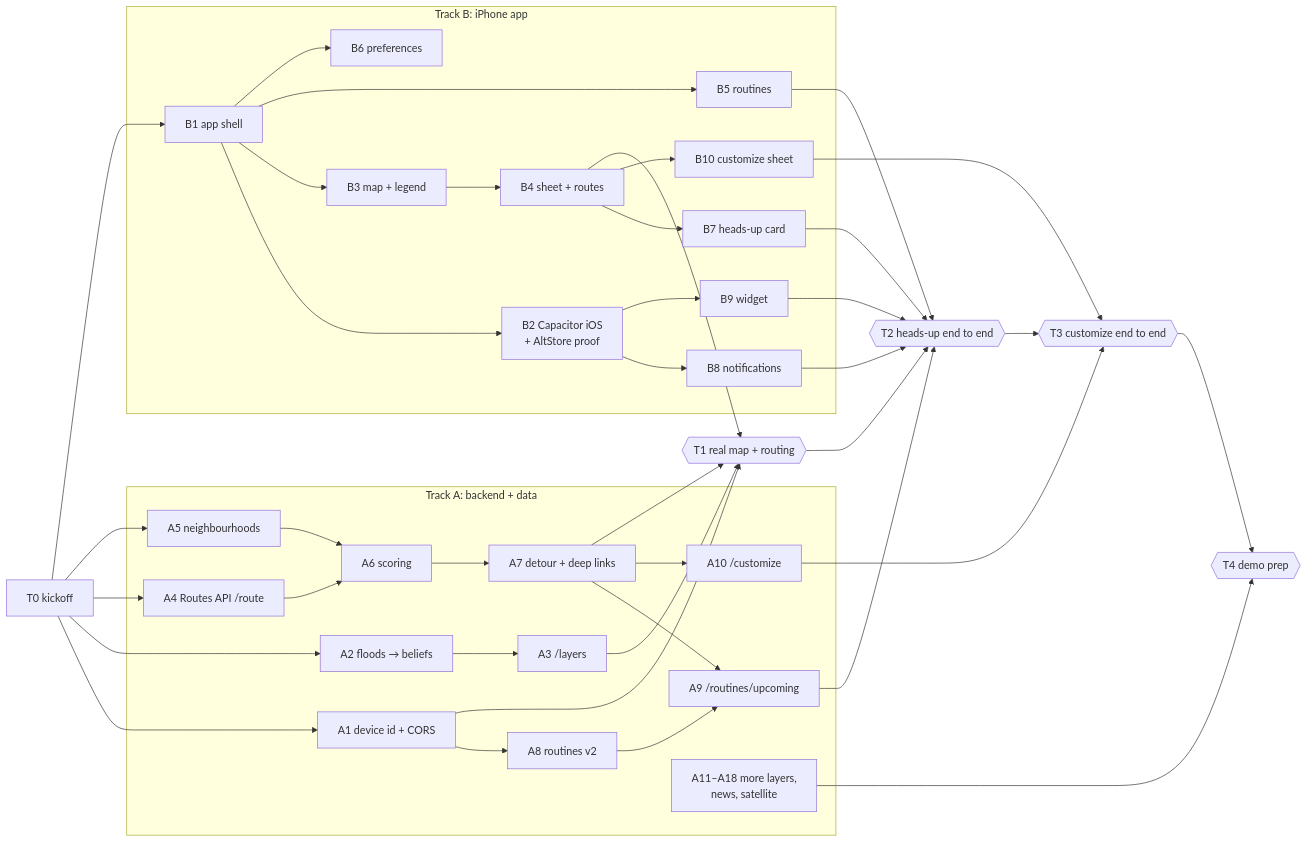
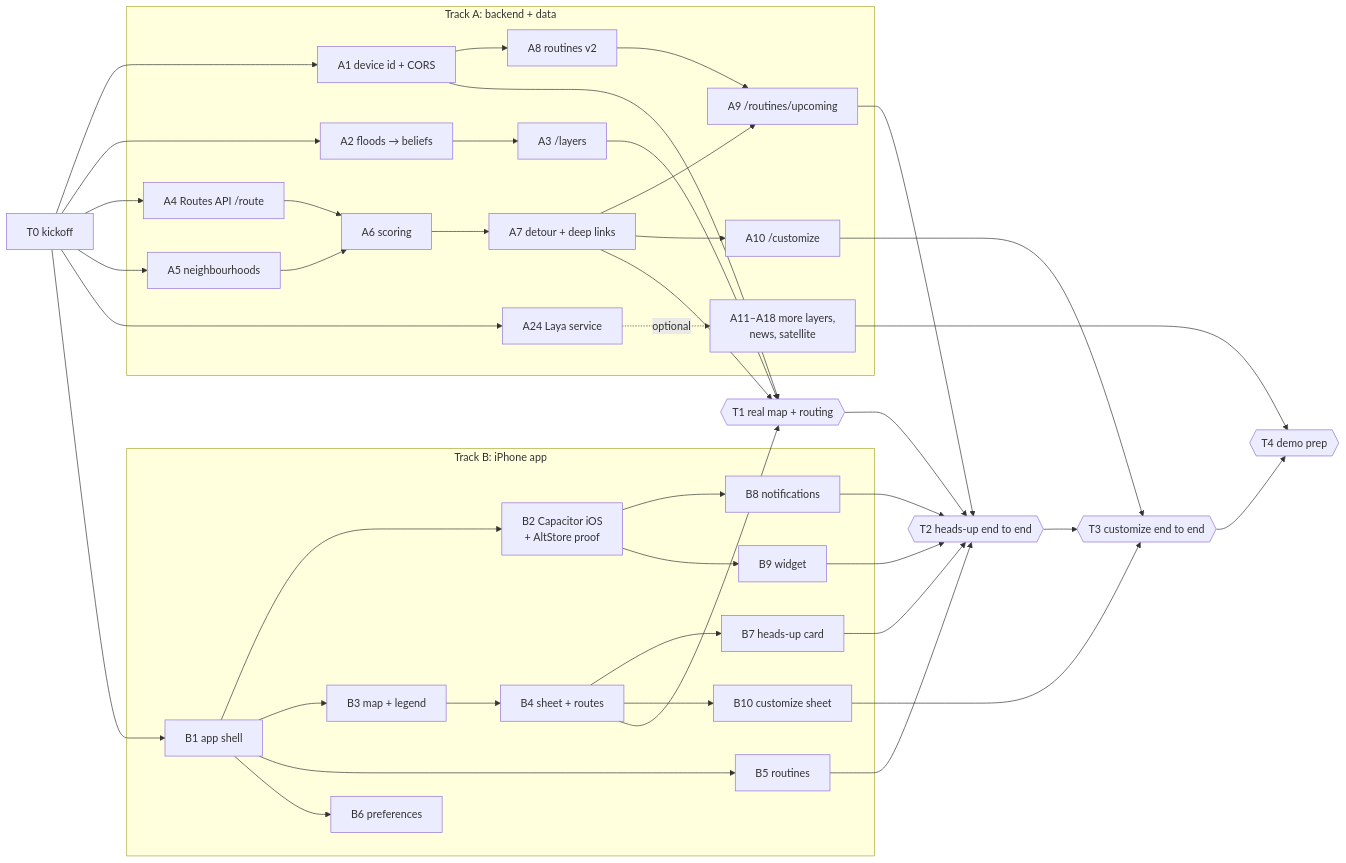
One commit to TomasPessagno/mapay changed the diagram in TASKS.md. Above: the diagram before and after it, drawn with Mermaid. The commit also changed other lines of this file and 4 other files, not shown here.

````diff
--- a/TASKS.md
+++ b/TASKS.md
@@ -159,49 +160,51 @@
 ```mermaid
 flowchart LR
     T0[T0 kickoff]
     subgraph A[Track A: backend + data]
         A1[A1 device id + CORS]
         A2[A2 floods → beliefs]
         A3[A3 /layers]
         A4[A4 Routes API /route]
         A5[A5 neighbourhoods]
         A6[A6 scoring]
         A7[A7 detour + deep links]
         A8[A8 routines v2]
         A9[A9 /routines/upcoming]
         A10[A10 /customize]
         AD[A11–A18 more layers,<br/>news, satellite]
+        A24[A24 Laya service]
     end
     subgraph B[Track B: iPhone app]
         B1[B1 app shell]
         B2[B2 Capacitor iOS<br/>+ AltStore proof]
         B3[B3 map + legend]
         B4[B4 sheet + routes]
         B5[B5 routines]
         B6[B6 preferences]
         B7[B7 heads-up card]
         B8[B8 notifications]
         B9[B9 widget]
         B10[B10 customize sheet]
     end
     T1{{T1 real map + routing}}
     T2{{T2 heads-up end to end}}
     T3{{T3 customize end to end}}
     T4{{T4 demo prep}}
-    T0 --> A1 & A2 & A4 & A5 & B1
+    T0 --> A1 & A2 & A4 & A5 & A24 & B1
+    A24 -.->|optional| AD
     A2 --> A3
     A4 --> A6
     A5 --> A6 --> A7
     A1 --> A8 --> A9
     A7 --> A9
     A7 --> A10
     B1 --> B2 & B3 & B5 & B6
     B3 --> B4 --> B7
     B4 --> B10
     B2 --> B8 & B9
     A1 & A3 & A7 & B4 --> T1
     A9 & B5 & B7 & B8 & B9 --> T2
     A10 & B10 --> T3
     T1 --> T2 --> T3 --> T4
     AD --> T4
 ```
````
